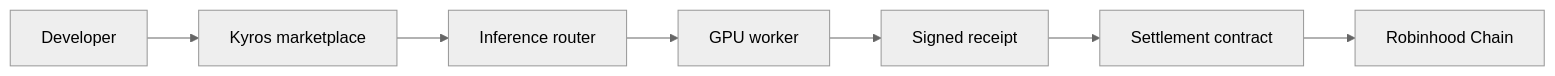
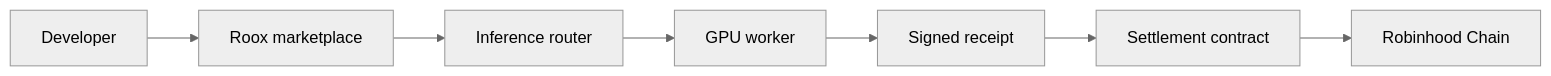
The diagram in README.md (0xNexuz/roox), drawn with Mermaid (neutral theme) before and after one commit. The commit also changed other lines of this file and 13 other files, not shown here.

Commit message:
Rename Kyros to Roox

````diff
--- a/README.md
+++ b/README.md
@@ -49,9 +49,9 @@
 ```mermaid
 flowchart LR
-    U[Developer] --> M[Kyros marketplace]
+    U[Developer] --> M[Roox marketplace]
     M --> R[Inference router]
     R --> W[GPU worker]
     W --> P[Signed receipt]
     P --> S[Settlement contract]
     S --> C[Robinhood Chain]
 ```
````
